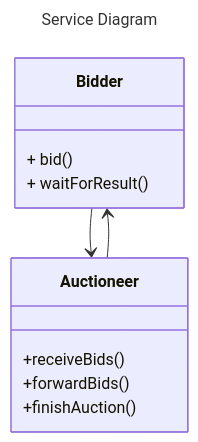
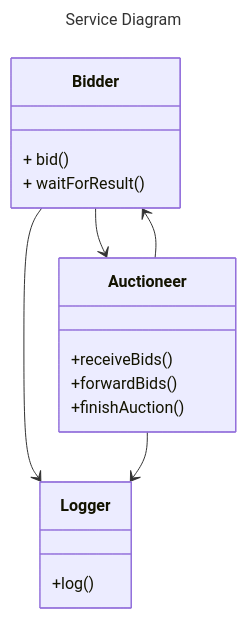
One commit to gsg211/DistributedSystemsLab changed the diagram in lab7/diagrama.md. Above: the diagram before and after it, drawn with Mermaid. The commit also changed 2 other files, not shown here.

Commit message:
update vacanta

````diff
--- a/lab7/diagrama.md
+++ b/lab7/diagrama.md
@@ -3,21 +3,28 @@
 ```mermaid
 ---
 title: Service Diagram
 ---
 classDiagram
 class Bidder{
     + bid()
     + waitForResult()
 }
 
 class Auctioneer{
     +receiveBids()
     +forwardBids()
     +finishAuction()
 }
+class Logger{
+    +log()
+}
 
 Bidder -->Auctioneer
 
 Auctioneer --> Bidder
 
+Bidder -->Logger
+
+Auctioneer --> Logger
+
 ```
````
